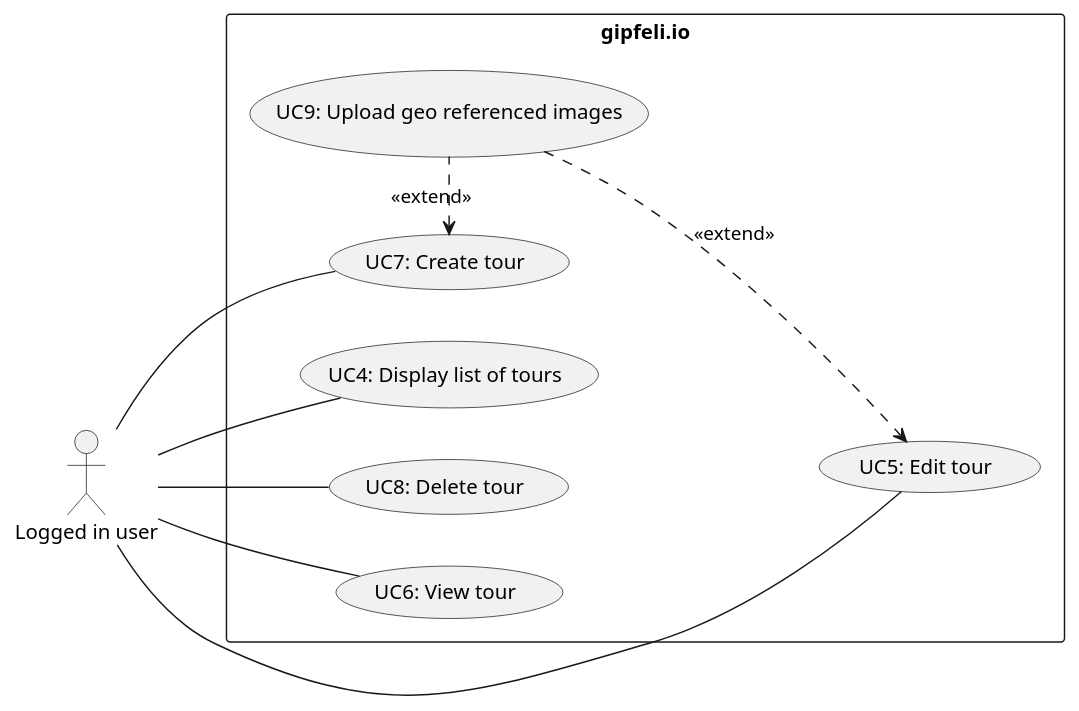
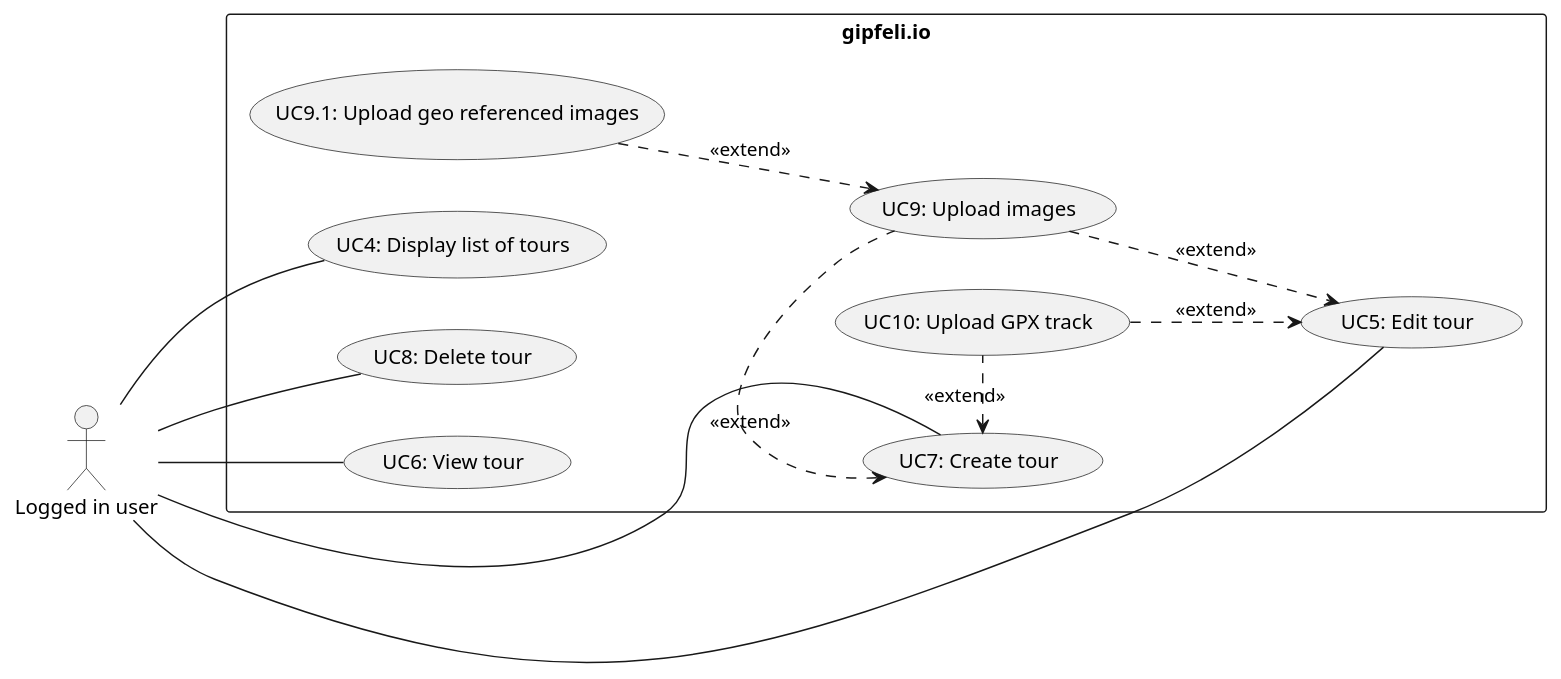
Before and after one commit to gipfeli-io/documentation: the second of 3 diagrams in docs/design/use-cases.md, drawn with PlantUML. The commit also changed other lines of this file, not shown here.

````diff
--- a/docs/design/use-cases.md
+++ b/docs/design/use-cases.md
@@ -71,22 +71,29 @@
 ```plantuml Tour administration
 @startuml
 left to right direction
 actor "Logged in user" as lu
 rectangle gipfeli.io {
   usecase "UC4: Display list of tours" as UC1
   usecase "UC5: Edit tour" as UC2
   usecase "UC8: Delete tour" as UC3
   usecase "UC6: View tour" as UC4
   usecase "UC7: Create tour" as UC5
-  usecase "UC9: Upload geo referenced images" as UC7
+  usecase "UC9: Upload images" as UC7
+  usecase "UC9.1: Upload geo referenced images" as UC8
+  usecase "UC10: Upload GPX track" as UC9
   
   UC2 <-up. UC7 : <<extend>>
   UC5 <. UC7 : <<extend>>
+  
+  UC2 <-up. UC9 : <<extend>>
+  UC5 <. UC9 : <<extend>>
+  
+  UC7 <-up. UC8 : <<extend>>
 }
 lu -- UC1
 lu -- UC2
 lu -- UC3
 lu -- UC4
 lu -- UC5
 @enduml
 ```
````
